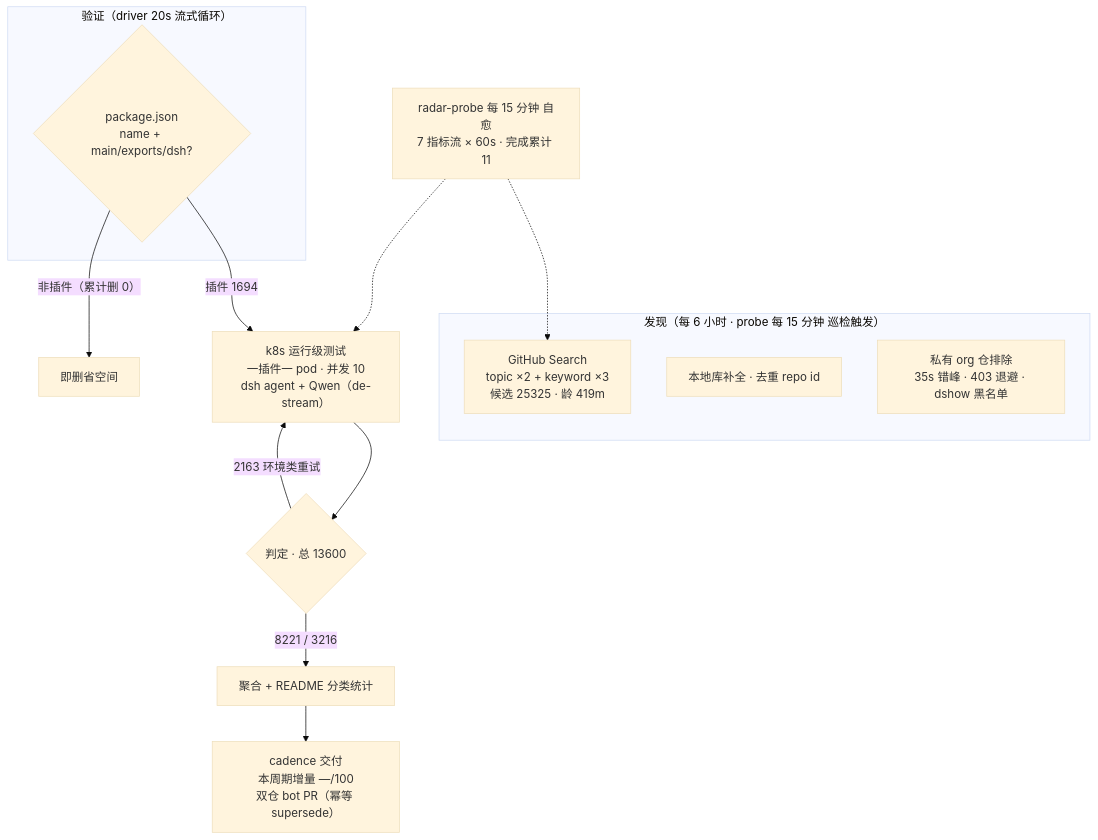
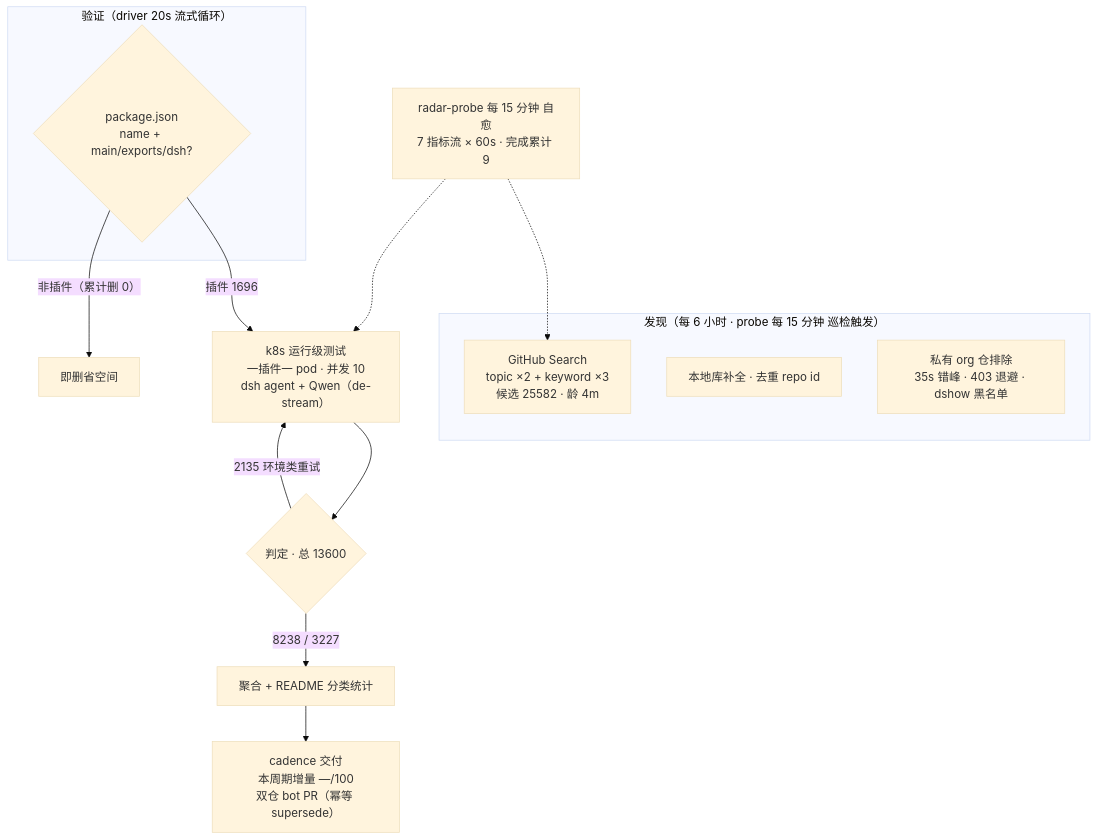
The diagram in README.md (Zhidao-Lab-OSS/awesome-dsh-plugins), drawn with Mermaid (base theme) before and after one commit. The commit also changed other lines of this file and 1 other file, not shown here.

````diff
--- a/README.md
+++ b/README.md
@@ -99,20 +99,20 @@
 ```mermaid
 flowchart TB
     subgraph Discovery["发现（每 6 小时 · probe 每 15 分钟 巡检触发）"]
-        A1["GitHub Search<br/>topic ×2 + keyword ×3<br/>候选 25325 · 龄 419m"]
+        A1["GitHub Search<br/>topic ×2 + keyword ×3<br/>候选 25582 · 龄 4m"]
         A2["本地库补全 · 去重 repo id"]
         A3["私有 org 仓排除<br/>35s 错峰 · 403 退避 · dshow 黑名单"]
     end
     subgraph Validation["验证（driver 20s 流式循环）"]
         B1{"package.json<br/>name + main/exports/dsh?"}
     end
-    B1 -->|"插件 1694"| C1["k8s 运行级测试<br/>一插件一 pod · 并发 10<br/>dsh agent + Qwen（de-stream）"]
+    B1 -->|"插件 1696"| C1["k8s 运行级测试<br/>一插件一 pod · 并发 10<br/>dsh agent + Qwen（de-stream）"]
     B1 -->|"非插件（累计删 0）"| B3["即删省空间"]
     C1 --> D1{"判定 · 总 13600"}
-    D1 -->|"8221 / 3216"| E1["聚合 + README 分类统计"]
-    D1 -->|"2163 环境类重试"| C1
+    D1 -->|"8238 / 3227"| E1["聚合 + README 分类统计"]
+    D1 -->|"2135 环境类重试"| C1
     E1 --> E2["cadence 交付<br/>本周期增量 —/100<br/>双仓 bot PR（幂等 supersede）"]
-    M["radar-probe 每 15 分钟 自愈<br/>7 指标流 × 60s · 完成累计 11"]
+    M["radar-probe 每 15 分钟 自愈<br/>7 指标流 × 60s · 完成累计 9"]
     M -.-> A1
     M -.-> C1
 ```
````
